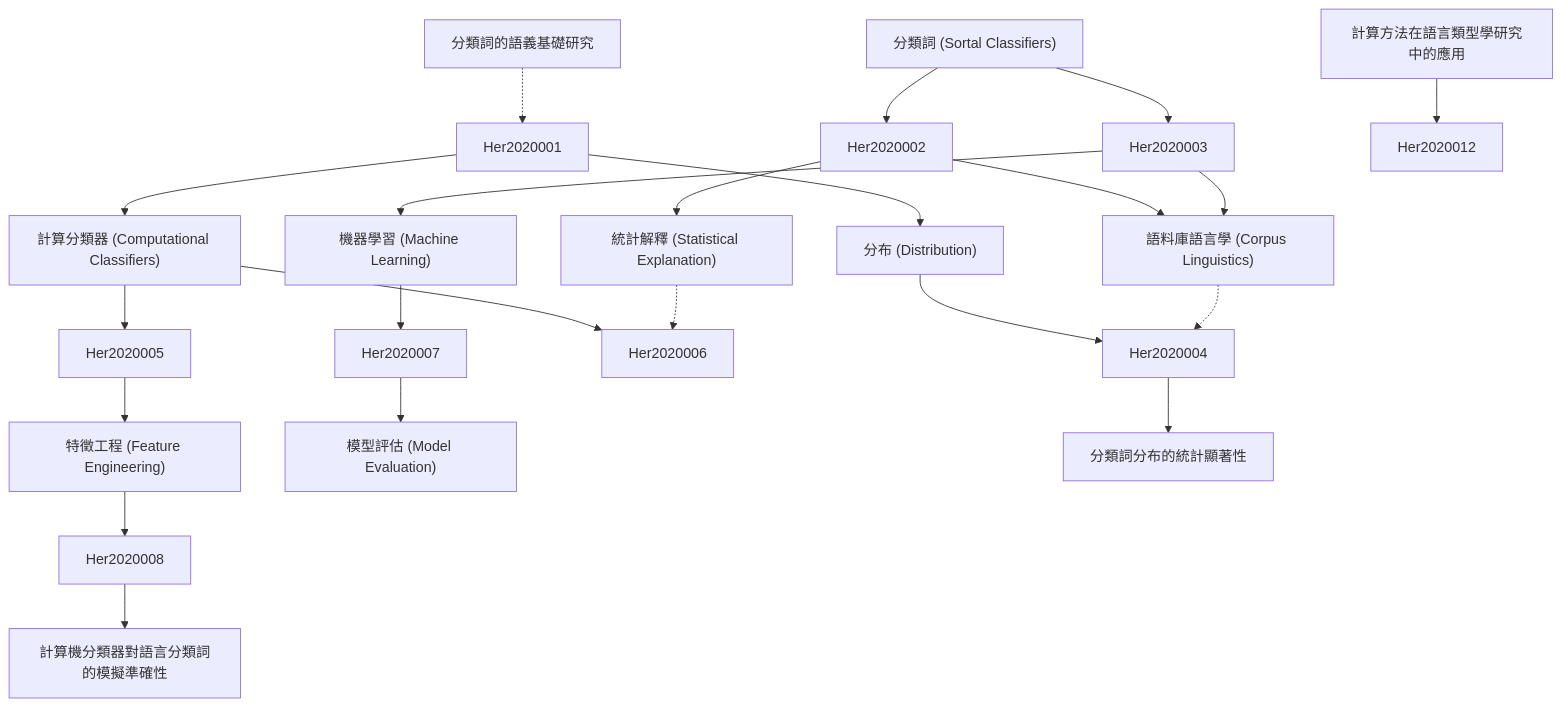
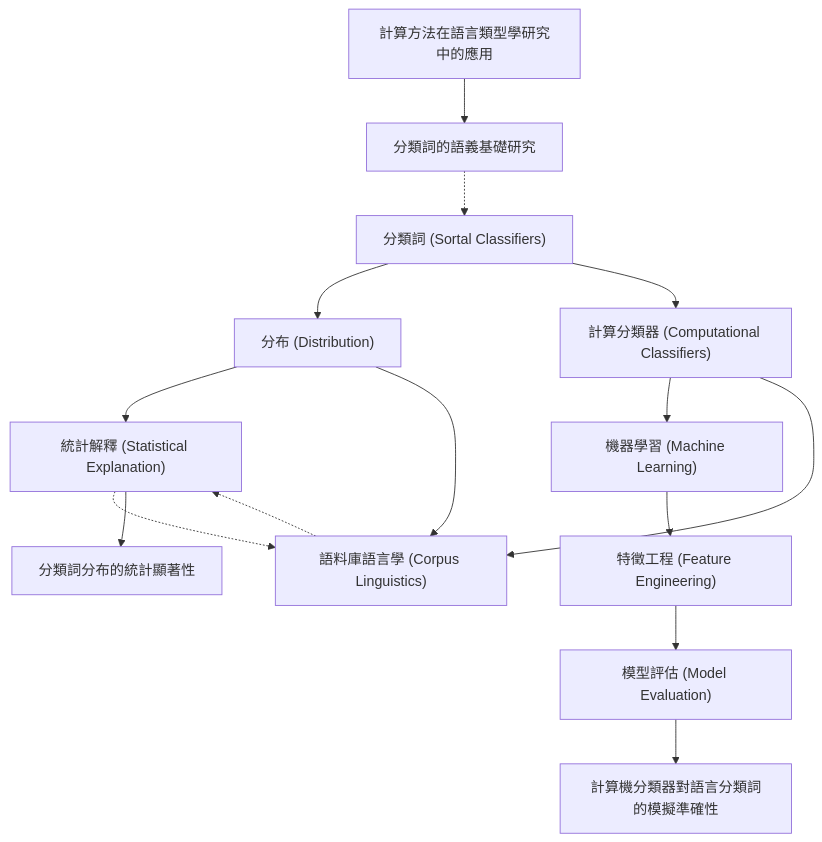
One commit to SCgeeker/Claude_Journal_Club_Agents changed the diagram in output/zettelkasten_notes/zettel_Her-2020_20251104/zettel_index.md. Above: the diagram before and after it, drawn with Mermaid. The commit also changed 776 other files, not shown here.

````diff
--- a/output/zettelkasten_notes/zettel_Her-2020_20251104/zettel_index.md
+++ b/output/zettelkasten_notes/zettel_Her-2020_20251104/zettel_index.md
@@ -92,70 +92,63 @@
 ```mermaid
 graph TD
 
     Her-2020-001["分類詞 (Sortal Classifiers)"]
 
     Her-2020-002["分布 (Distribution)"]
 
     Her-2020-003["計算分類器 (Computational Classifiers)"]
 
     Her-2020-004["統計解釋 (Statistical Explanation)"]
 
     Her-2020-005["機器學習 (Machine Learning)"]
 
     Her-2020-006["語料庫語言學 (Corpus Linguistics)"]
 
     Her-2020-007["特徵工程 (Feature Engineering)"]
 
     Her-2020-008["模型評估 (Model Evaluation)"]
 
     Her-2020-009["分類詞分布的統計顯著性"]
 
     Her-2020-010["計算機分類器對語言分類詞的模擬準確性"]
 
     Her-2020-011["計算方法在語言類型學研究中的應用"]
 
     Her-2020-012["分類詞的語義基礎研究"]
 
-    Her-2020-001 --> Her2020002
+    Her-2020-001 --> Her-2020-002
 
-    Her-2020-001 --> Her2020003
+    Her-2020-001 --> Her-2020-003
 
-    Her2020001 --> Her-2020-002
 
-    Her-2020-002 --> Her2020004
+    Her-2020-002 --> Her-2020-004
 
-    Her2020001 --> Her-2020-003
 
-    Her-2020-003 --> Her2020005
+    Her-2020-003 --> Her-2020-005
 
-    Her-2020-003 --> Her2020006
+    Her-2020-003 --> Her-2020-006
 
-    Her2020002 --> Her-2020-004
 
-    Her-2020-004 -.-> Her2020006
+    Her-2020-004 -.-> Her-2020-006
 
-    Her2020003 --> Her-2020-005
 
-    Her-2020-005 --> Her2020007
+    Her-2020-005 --> Her-2020-007
 
-    Her2020002 --> Her-2020-006
+    Her-2020-002 --> Her-2020-006
 
-    Her2020003 --> Her-2020-006
 
-    Her-2020-006 -.-> Her2020004
+    Her-2020-006 -.-> Her-2020-004
 
-    Her2020005 --> Her-2020-007
 
-    Her-2020-007 --> Her2020008
+    Her-2020-007 --> Her-2020-008
 
-    Her2020007 --> Her-2020-008
 
-    Her2020004 --> Her-2020-009
+    Her-2020-004 --> Her-2020-009
 
-    Her2020008 --> Her-2020-010
+    Her-2020-008 --> Her-2020-010
 
-    Her-2020-011 --> Her2020012
+    Her-2020-011 --> Her-2020-012
 
-    Her-2020-012 -.-> Her2020001
+    Her-2020-012 -.-> Her-2020-001
 
 ```
````
